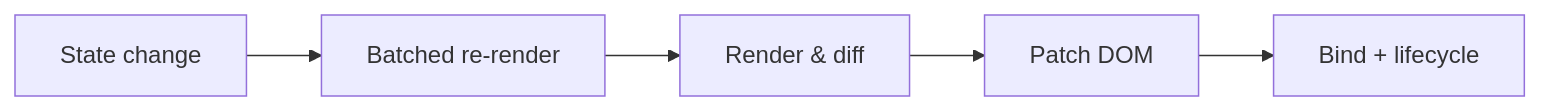
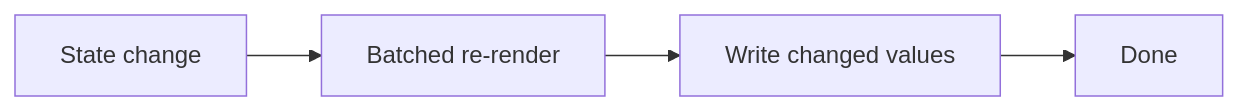
One commit to anh-ld/nho changed the diagram in README.md. Above: the diagram before and after it, drawn with Mermaid. The commit also changed other lines of this file and 11 other files, not shown here.

````diff
--- a/README.md
+++ b/README.md
@@ -117,4 +129,4 @@
 ```mermaid
 flowchart LR
-  A[State change] --> B[Batched re-render] --> C[Render & diff] --> D[Patch DOM] --> E[Bind + lifecycle]
+  A[State change] --> B[Batched re-render] --> C[Write changed values] --> D[Done]
 ```
````
